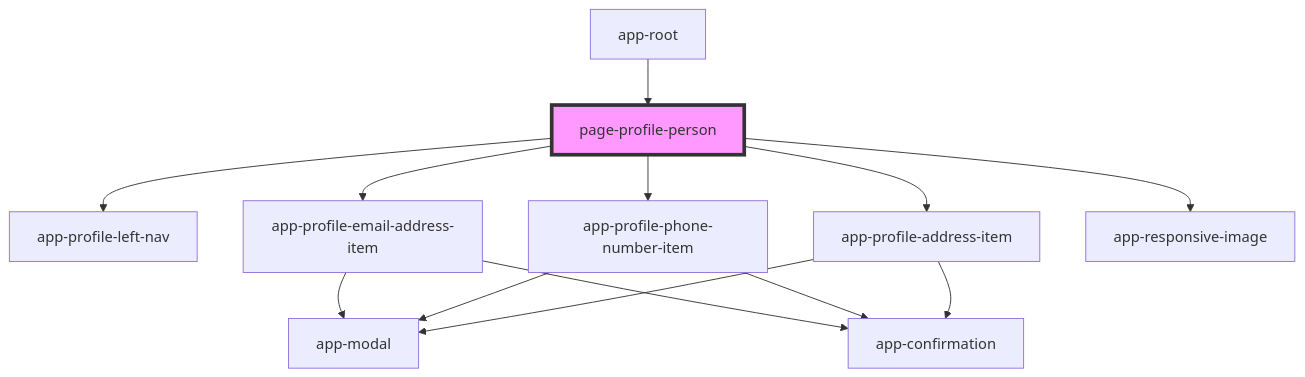
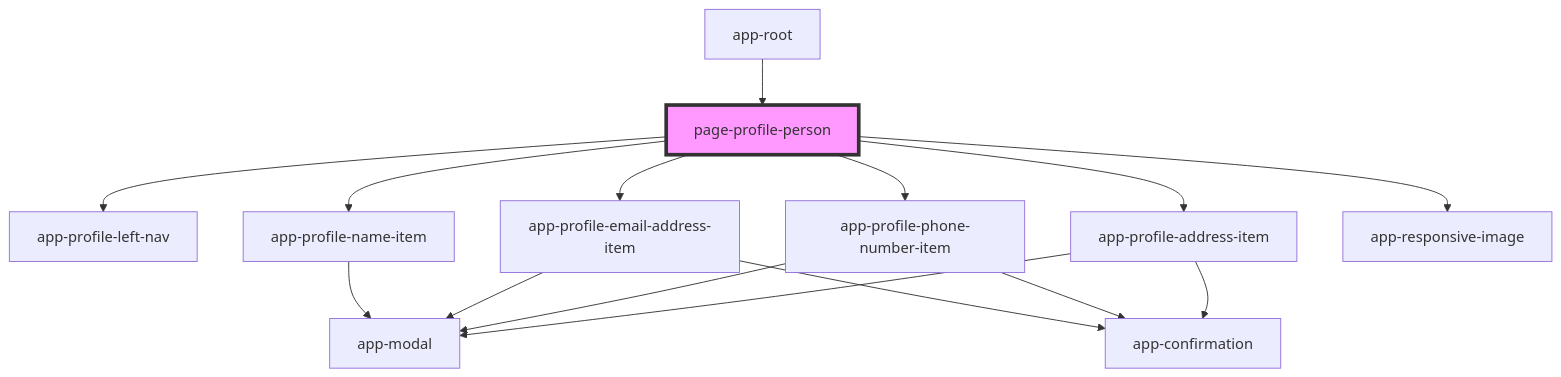
One commit to lokheed/IconEventNetwork.Web changed the diagram in iconeventnetwork-web/src/components/pages/page-profile-person/readme.md. Above: the diagram before and after it, drawn with Mermaid. The commit also changed other lines of this file and 16 other files, not shown here.

Commit message:
Edit profile name, first pass, not ready for test

````diff
--- a/iconeventnetwork-web/src/components/pages/page-profile-person/readme.md
+++ b/iconeventnetwork-web/src/components/pages/page-profile-person/readme.md
@@ -23,16 +24,18 @@
 ```mermaid
 graph TD;
   page-profile-person --> app-profile-left-nav
+  page-profile-person --> app-profile-name-item
   page-profile-person --> app-profile-email-address-item
   page-profile-person --> app-profile-phone-number-item
   page-profile-person --> app-profile-address-item
   page-profile-person --> app-responsive-image
+  app-profile-name-item --> app-modal
   app-profile-email-address-item --> app-modal
   app-profile-email-address-item --> app-confirmation
   app-profile-phone-number-item --> app-modal
   app-profile-phone-number-item --> app-confirmation
   app-profile-address-item --> app-modal
   app-profile-address-item --> app-confirmation
   app-root --> page-profile-person
   style page-profile-person fill:#f9f,stroke:#333,stroke-width:4px
 ```
````
